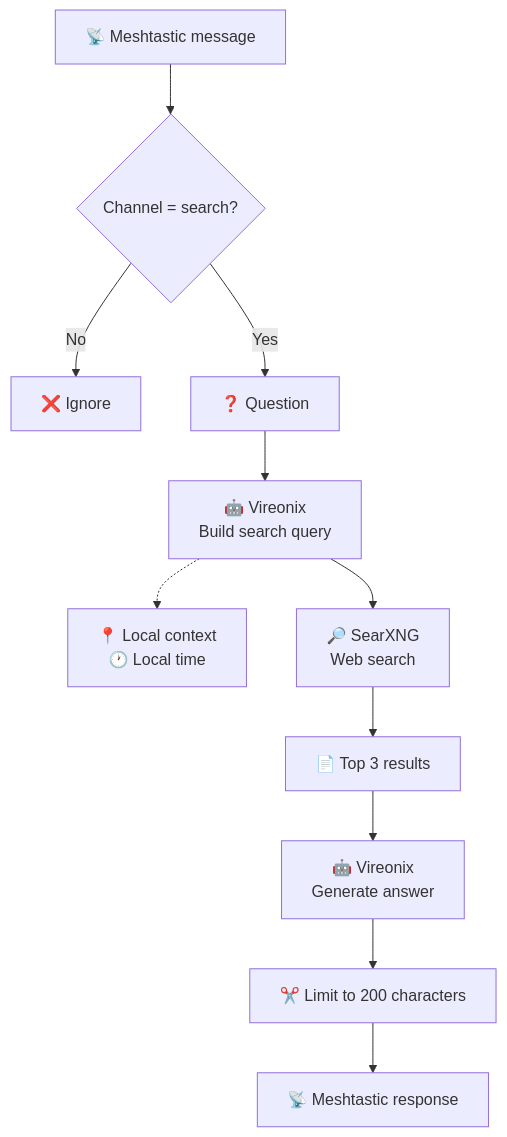
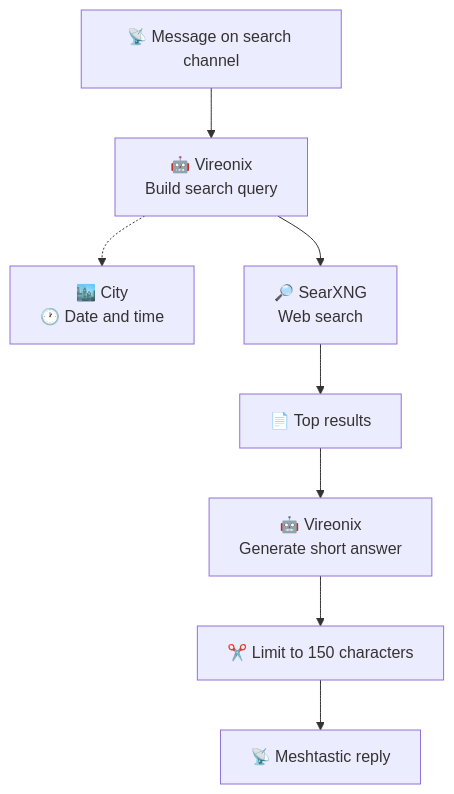
Before and after one commit to YR72dpi/meshtastic_search_bot: the second of 3 diagrams in README.md, drawn with Mermaid. The commit also changed other lines of this file, not shown here.

````diff
--- a/README.md
+++ b/README.md
@@ -48,22 +93,10 @@
 ```mermaid
 flowchart TD
-
-    A["📡 Meshtastic message"] --> B{"Channel = search?"}
-
-    B -- "No" --> Z["❌ Ignore"]
-    B -- "Yes" --> C["❓ Question"]
-
-    C --> D["🤖 Vireonix<br/>Build search query"]
-
-    D -.-> L["📍 Local context<br/>🕐 Local time"]
-
-    D --> E["🔎 SearXNG<br/>Web search"]
-
-    E --> F["📄 Top 3 results"]
-
-    F --> G["🤖 Vireonix<br/>Generate answer"]
-
-    G --> H["✂️ Limit to 200 characters"]
-
-    H --> I["📡 Meshtastic response"]
+    A["📡 Message on search channel"] --> B["🤖 Vireonix<br/>Build search query"]
+    B -.-> L["🏙️ City<br/>🕐 Date and time"]
+    B --> C["🔎 SearXNG<br/>Web search"]
+    C --> D["📄 Top results"]
+    D --> E["🤖 Vireonix<br/>Generate short answer"]
+    E --> F["✂️ Limit to 150 characters"]
+    F --> G["📡 Meshtastic reply"]
 ```
````
